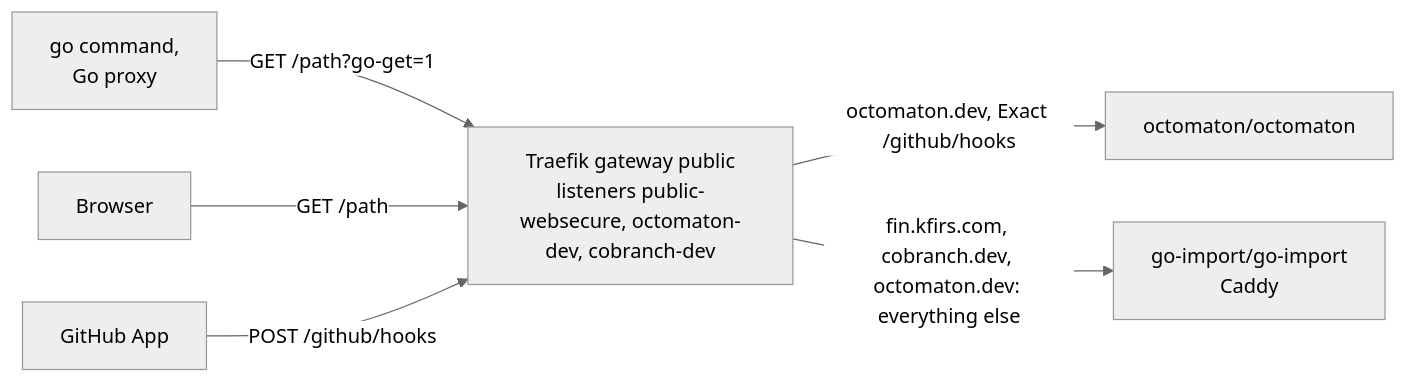
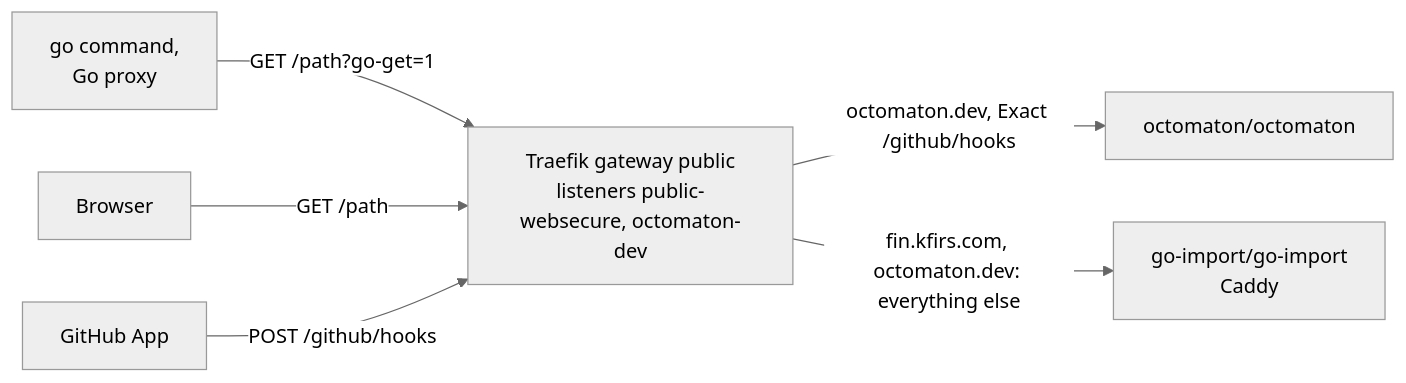
One commit to arikkfir-org/delivery changed the diagram in docs/delivery/designs/go-import-pages.md. Above: the diagram before and after it, drawn with Mermaid (neutral theme). The commit also changed other lines of this file and 17 other files, not shown here.

First line of the commit message:
feat(cobranch-site): serve a coming-soon page at cobranch.dev

````diff
--- a/docs/delivery/designs/go-import-pages.md
+++ b/docs/delivery/designs/go-import-pages.md
@@ -11,9 +11,9 @@
 ```mermaid
 flowchart LR
   GO["go command,<br/>Go proxy"] -->|"GET /path?go-get=1"| GW
   BR["Browser"] -->|"GET /path"| GW
   GH["GitHub App"] -->|"POST /github/hooks"| GW
-  GW["Traefik gateway public<br/>listeners public-websecure, octomaton-dev, cobranch-dev"]
+  GW["Traefik gateway public<br/>listeners public-websecure, octomaton-dev"]
   GW -->|"octomaton.dev, Exact /github/hooks"| OC["octomaton/octomaton"]
-  GW -->|"fin.kfirs.com, cobranch.dev, octomaton.dev: everything else"| GI["go-import/go-import<br/>Caddy"]
+  GW -->|"fin.kfirs.com, octomaton.dev: everything else"| GI["go-import/go-import<br/>Caddy"]
 ```
````
